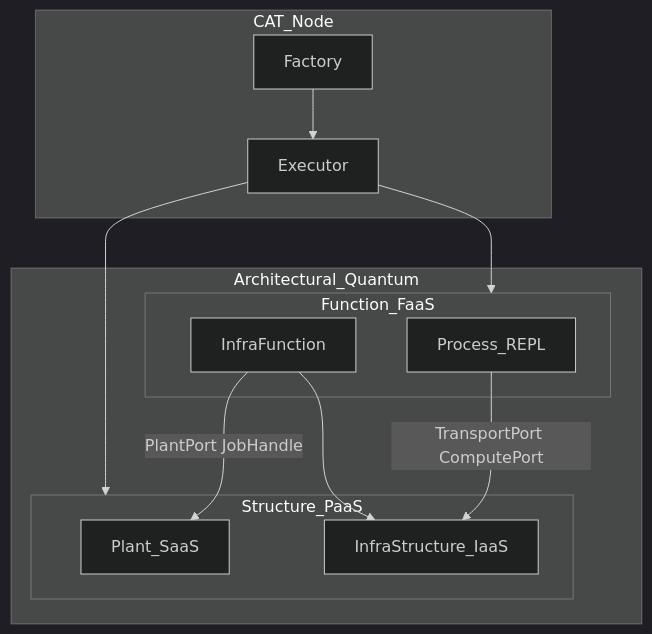
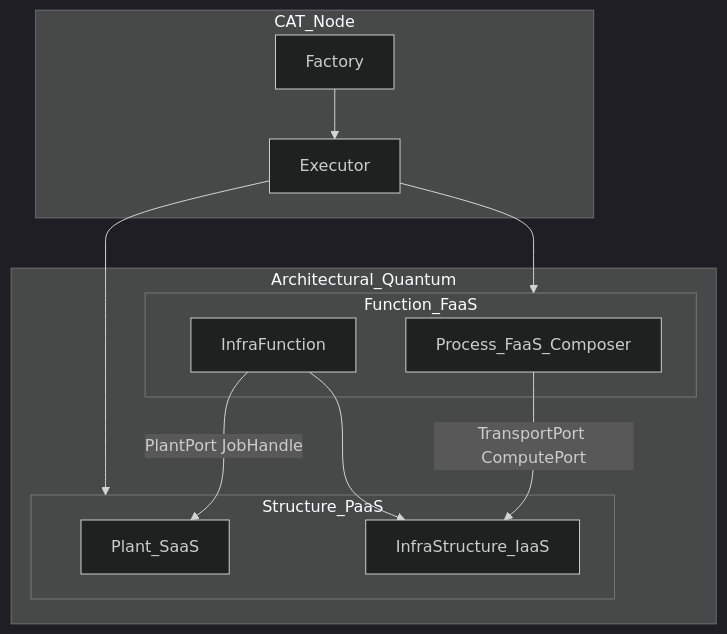
One commit to DynamicalSystemsGroup/cats changed the diagram in docs/INTEROP.md. Above: the diagram before and after it, drawn with Mermaid (dark theme). The commit also changed other lines of this file and 7 other files, not shown here.

````diff
--- a/docs/INTEROP.md
+++ b/docs/INTEROP.md
@@ -20,23 +20,23 @@
 ```mermaid
 flowchart TB
   subgraph node [CAT_Node]
     Factory[Factory]
     Executor[Executor]
   end
   subgraph aq [Architectural_Quantum]
     subgraph function [Function_FaaS]
-      Process[Process_REPL]
+      Process[Process_FaaS_Composer]
       InfraFn[InfraFunction]
     end
     subgraph structure [Structure_PaaS]
       Plant[Plant_SaaS]
       Infra[InfraStructure_IaaS]
     end
   end
   Factory --> Executor
   Executor --> function
   Executor --> structure
   Process -->|"TransportPort ComputePort"| Infra
   InfraFn -->|"PlantPort JobHandle"| Plant
   InfraFn --> Infra
 ```
````
